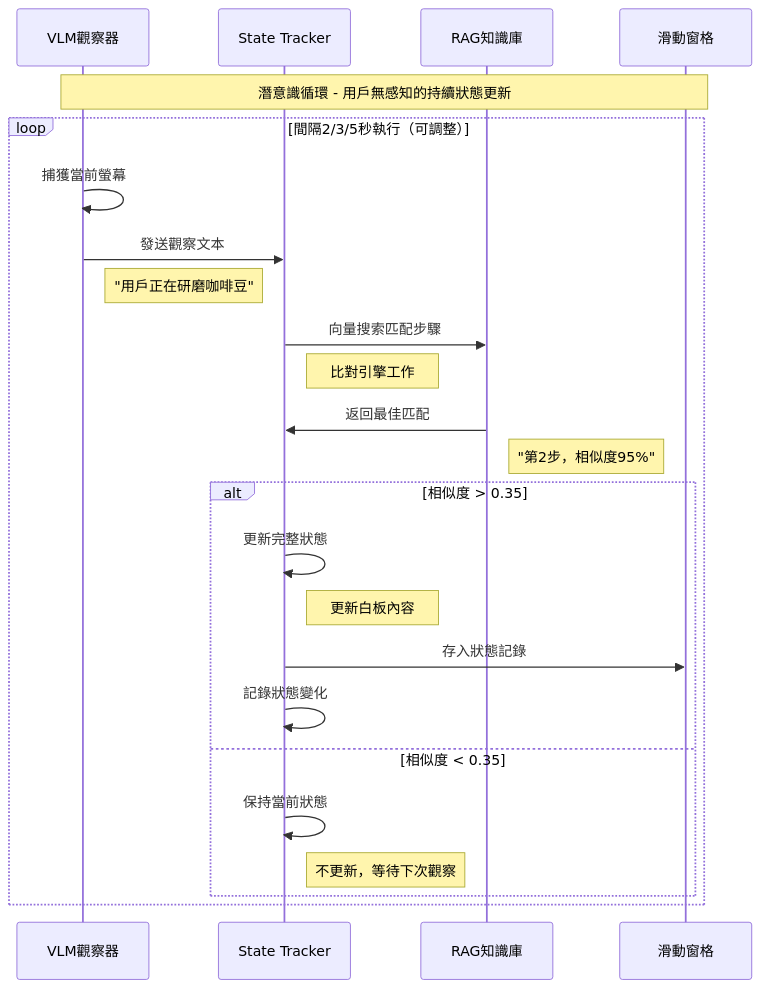
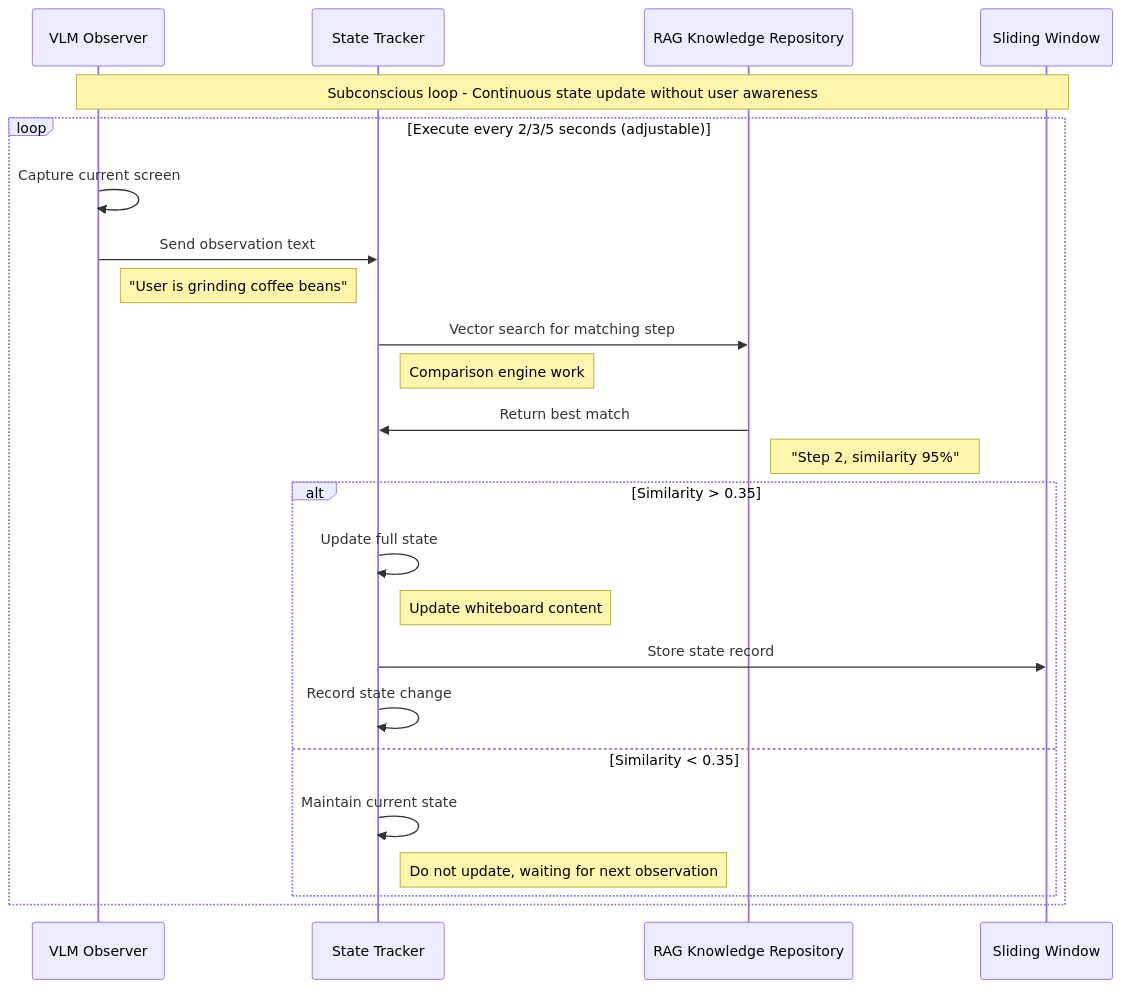
Before and after one commit to yitzuliu/DissertationDemo: the third of 5 diagrams in .kiro/specs/memory-system/design.md, drawn with Mermaid. The commit also changed other lines of this file and 5 other files, not shown here.

````diff
--- a/.kiro/specs/memory-system/design.md
+++ b/.kiro/specs/memory-system/design.md
@@ -337,30 +337,30 @@
 ```mermaid
 sequenceDiagram
-    participant VLM as VLM觀察器
+    participant VLM as VLM Observer
     participant ST as State Tracker
-    participant RAG as RAG知識庫
-    participant SW as 滑動窗格
+    participant RAG as RAG Knowledge Repository
+    participant SW as Sliding Window
     
-    Note over VLM,SW: 潛意識循環 - 用戶無感知的持續狀態更新
+    Note over VLM,SW: Subconscious loop - Continuous state update without user awareness
     
-    loop 間隔2/3/5秒執行（可調整）
-        VLM->>VLM: 捕獲當前螢幕
-        VLM->>ST: 發送觀察文本
-        Note right of VLM: "用戶正在研磨咖啡豆"
+    loop Execute every 2/3/5 seconds (adjustable)
+        VLM->>VLM: Capture current screen
+        VLM->>ST: Send observation text
+        Note right of VLM: "User is grinding coffee beans"
         
-        ST->>RAG: 向量搜索匹配步驟
-        Note right of ST: 比對引擎工作
-        RAG->>ST: 返回最佳匹配
-        Note right of RAG: "第2步，相似度95%"
+        ST->>RAG: Vector search for matching step
+        Note right of ST: Comparison engine work
+        RAG->>ST: Return best match
+        Note right of RAG: "Step 2, similarity 95%"
         
-        alt 相似度 > 0.35
-            ST->>ST: 更新完整狀態
-            Note right of ST: 更新白板內容
-            ST->>SW: 存入狀態記錄
-            ST->>ST: 記錄狀態變化
-        else 相似度 < 0.35
-            ST->>ST: 保持當前狀態
-            Note right of ST: 不更新，等待下次觀察
+        alt Similarity > 0.35
+            ST->>ST: Update full state
+            Note right of ST: Update whiteboard content
+            ST->>SW: Store state record
+            ST->>ST: Record state change
+        else Similarity < 0.35
+            ST->>ST: Maintain current state
+            Note right of ST: Do not update, waiting for next observation
         end
     end
 ```
````
